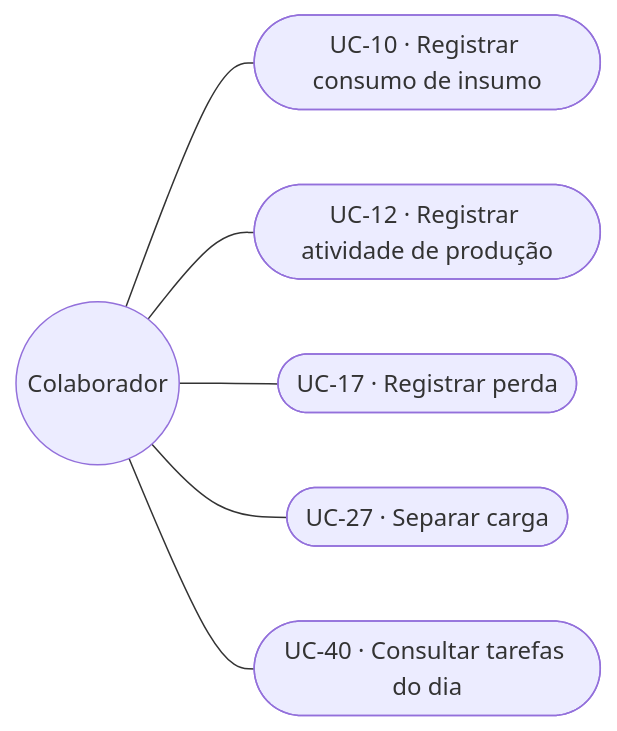
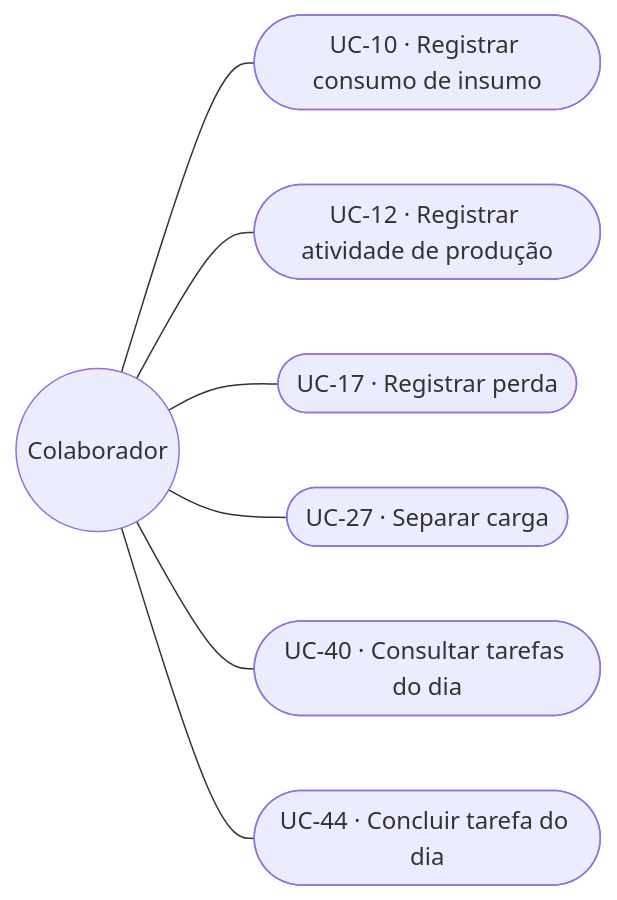
The fourth of 5 diagrams in docs/engenharia/C-modelagem/C1-diagrama-casos-de-uso.md (JoaoMudar/mudar), drawn with Mermaid before and after one commit. The commit also changed other lines of this file and 33 other files, not shown here.

````diff
--- a/docs/engenharia/C-modelagem/C1-diagrama-casos-de-uso.md
+++ b/docs/engenharia/C-modelagem/C1-diagrama-casos-de-uso.md
@@ -233,16 +242,18 @@
 ```mermaid
 graph LR
   CO(("Colaborador"))
 
   UC10(["UC-10 · Registrar consumo de insumo"])
   UC12(["UC-12 · Registrar atividade de produção"])
   UC17(["UC-17 · Registrar perda"])
   UC27(["UC-27 · Separar carga"])
   UC40(["UC-40 · Consultar tarefas do dia"])
+  UC44(["UC-44 · Concluir tarefa do dia"])
 
   CO --- UC10
   CO --- UC12
   CO --- UC17
   CO --- UC27
   CO --- UC40
+  CO --- UC44
 ```
````
